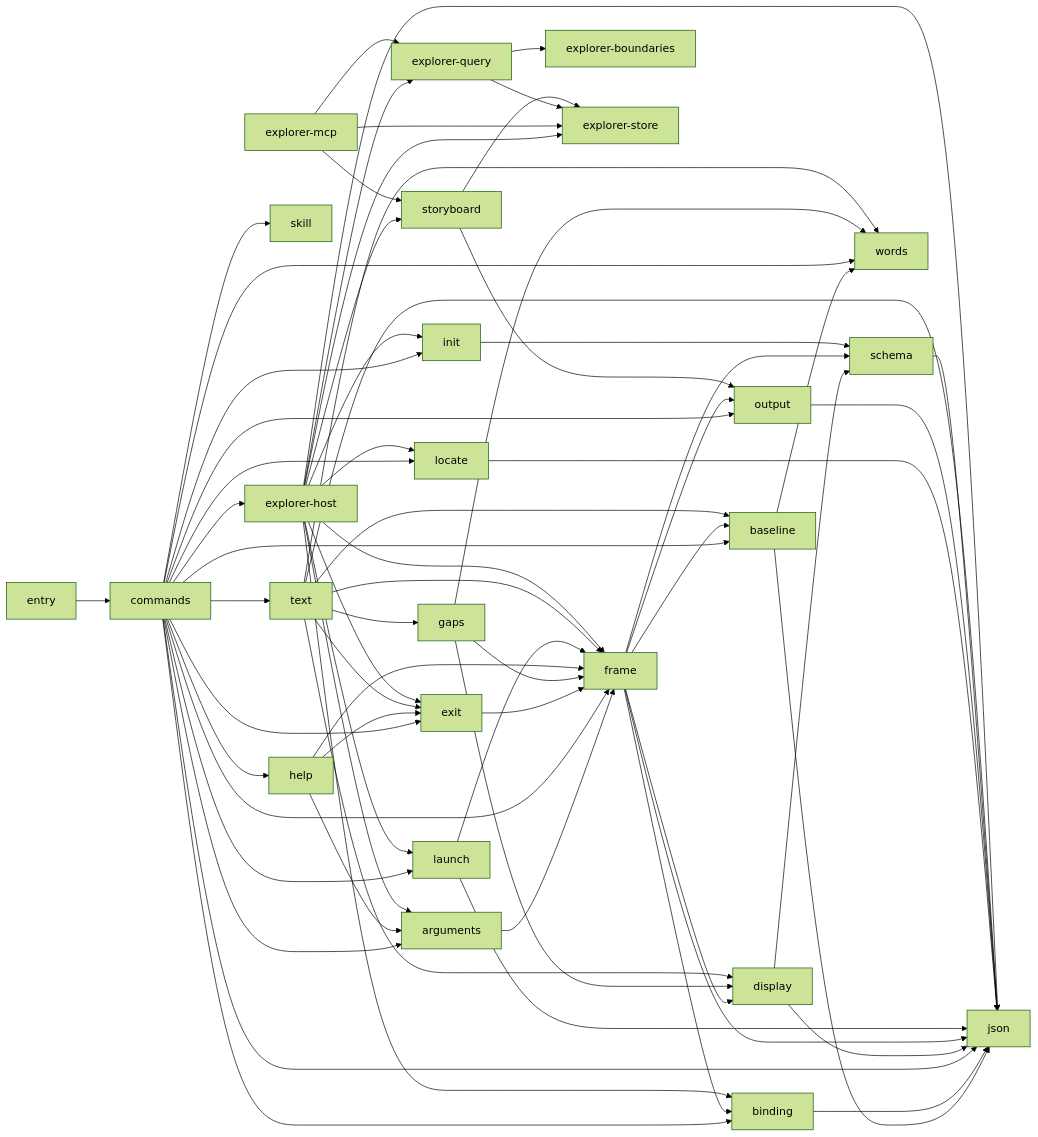
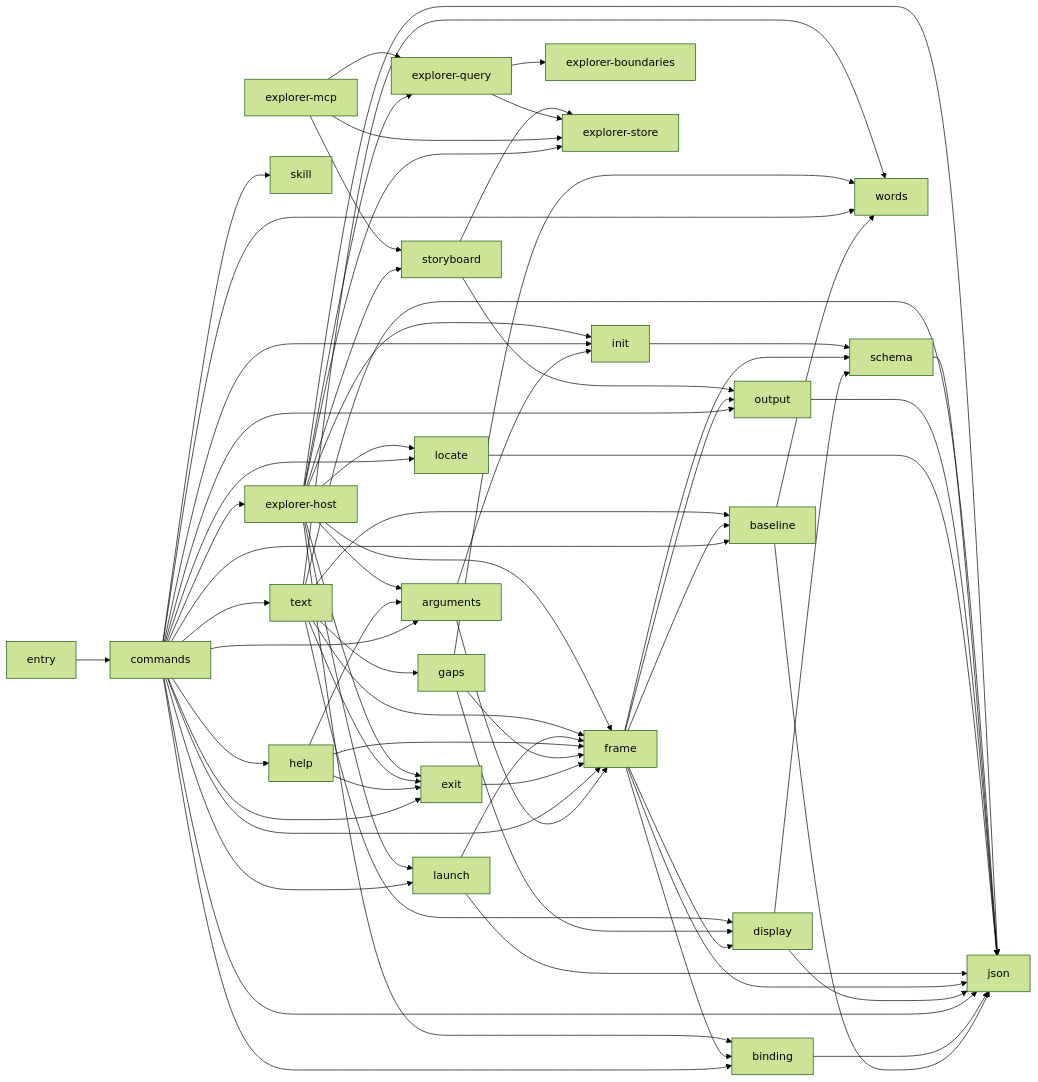
The diagram in docs/architecture/shell.md (rapiddweller/archkeel), drawn with Mermaid (forest theme) before and after one commit. The commit also changed other lines of this file and 11 other files, not shown here.

```diff
--- a/docs/architecture/shell.md
+++ b/docs/architecture/shell.md
@@ -80,6 +80,7 @@
     n_23["explorer-store"]
     n_24["storyboard"]
     n_0 --> n_7
+    n_0 --> n_10
     n_1 --> n_11
     n_1 --> n_18
     n_2 --> n_11
```
